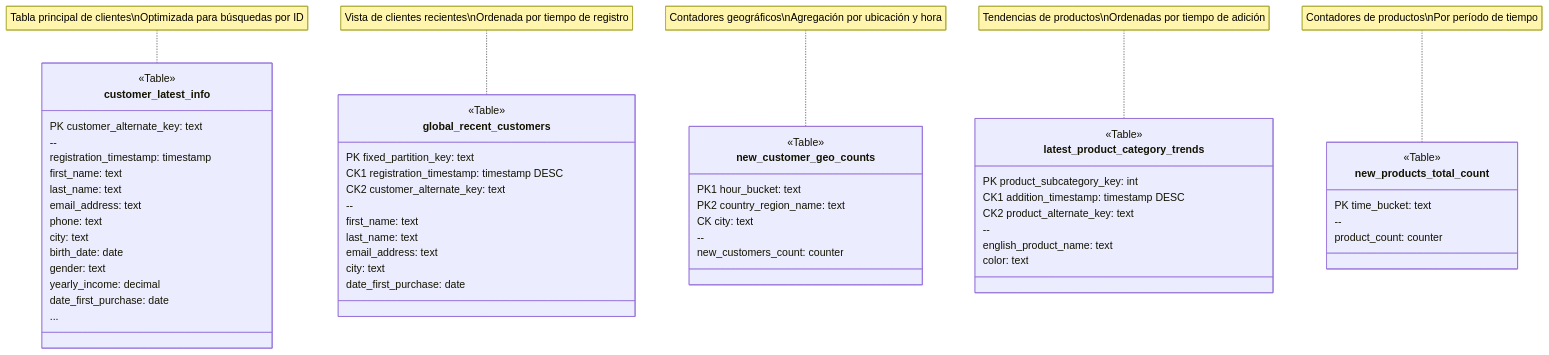
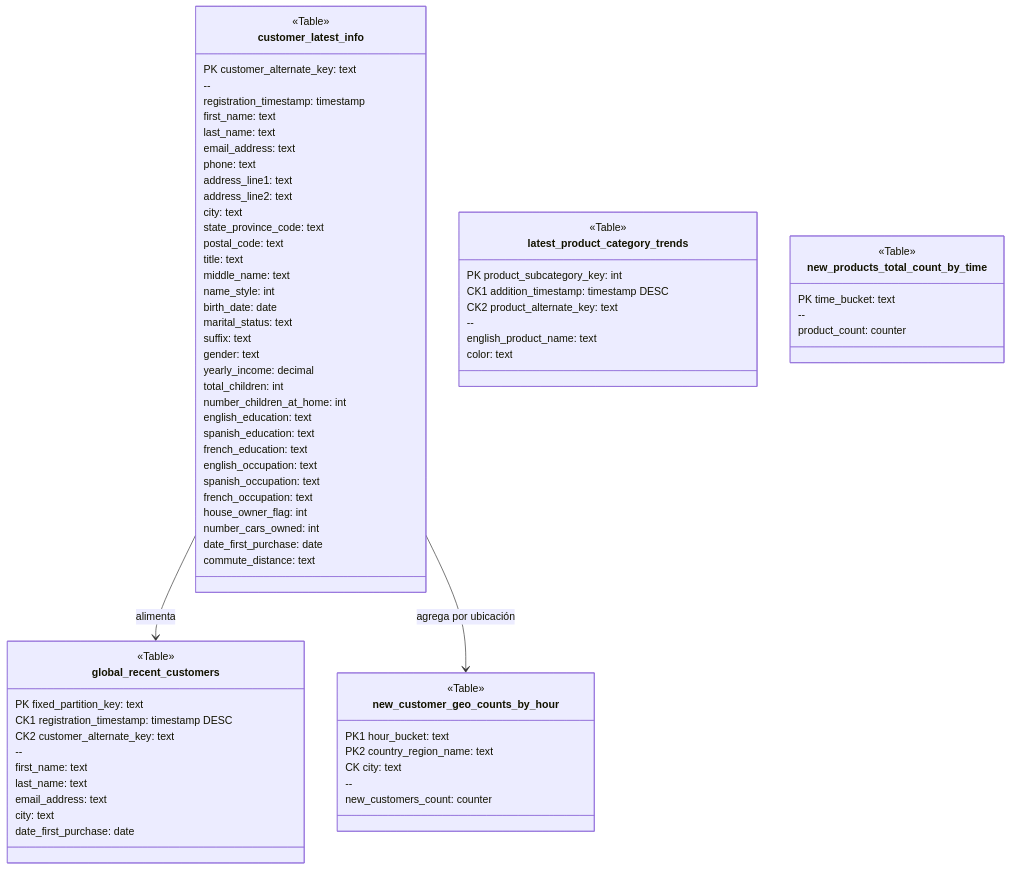
The diagram in README.md (vfd003-ual/real-time-data-analytics-cassandra), drawn with Mermaid before and after one commit. The commit also changed other lines of this file, not shown here.

Commit message:
refactor: update table names

````diff
--- a/README.md
+++ b/README.md
@@ -17,64 +17,83 @@
 ```mermaid
 classDiagram
+    %% Definición de relaciones conceptuales
+    customer_latest_info --> global_recent_customers: alimenta
+    customer_latest_info --> new_customer_geo_counts_by_hour: agrega por ubicación
+
     class customer_latest_info {
         <<Table>>
         PK customer_alternate_key: text
         --
         registration_timestamp: timestamp
         first_name: text
         last_name: text
         email_address: text
         phone: text
+        address_line1: text
+        address_line2: text
         city: text
+        state_province_code: text
+        postal_code: text
+        title: text
+        middle_name: text
+        name_style: int
         birth_date: date
+        marital_status: text
+        suffix: text
         gender: text
         yearly_income: decimal
+        total_children: int
+        number_children_at_home: int
+        english_education: text
+        spanish_education: text
+        french_education: text
+        english_occupation: text
+        spanish_occupation: text
+        french_occupation: text
+        house_owner_flag: int
+        number_cars_owned: int
         date_first_purchase: date
-        ...
+        commute_distance: text
     }
 
     class global_recent_customers {
         <<Table>>
         PK fixed_partition_key: text
         CK1 registration_timestamp: timestamp DESC
         CK2 customer_alternate_key: text
         --
         first_name: text
         last_name: text
         email_address: text
         city: text
         date_first_purchase: date
     }
 
-    class new_customer_geo_counts {
+    class new_customer_geo_counts_by_hour {
         <<Table>>
         PK1 hour_bucket: text
         PK2 country_region_name: text
         CK city: text
         --
         new_customers_count: counter
     }
 
     class latest_product_category_trends {
         <<Table>>
         PK product_subcategory_key: int
         CK1 addition_timestamp: timestamp DESC
         CK2 product_alternate_key: text
         --
         english_product_name: text
         color: text
     }
 
-    class new_products_total_count {
+    class new_products_total_count_by_time {
         <<Table>>
         PK time_bucket: text
         --
         product_count: counter
     }
 
-    note for customer_latest_info "Tabla principal de clientes\nOptimizada para búsquedas por ID"
-    note for global_recent_customers "Vista de clientes recientes\nOrdenada por tiempo de registro"
-    note for new_customer_geo_counts "Contadores geográficos\nAgregación por ubicación y hora"
-    note for latest_product_category_trends "Tendencias de productos\nOrdenadas por tiempo de adición"
-    note for new_products_total_count "Contadores de productos\nPor período de tiempo"
+
 ```
````
